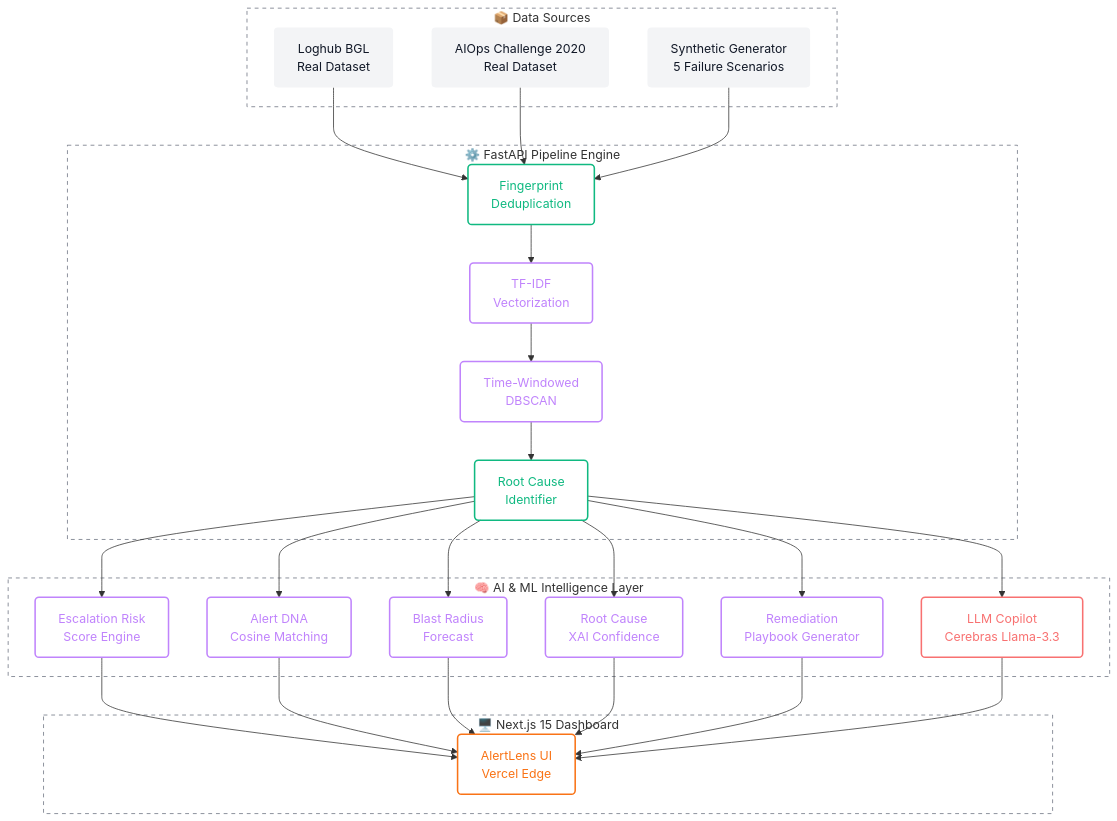
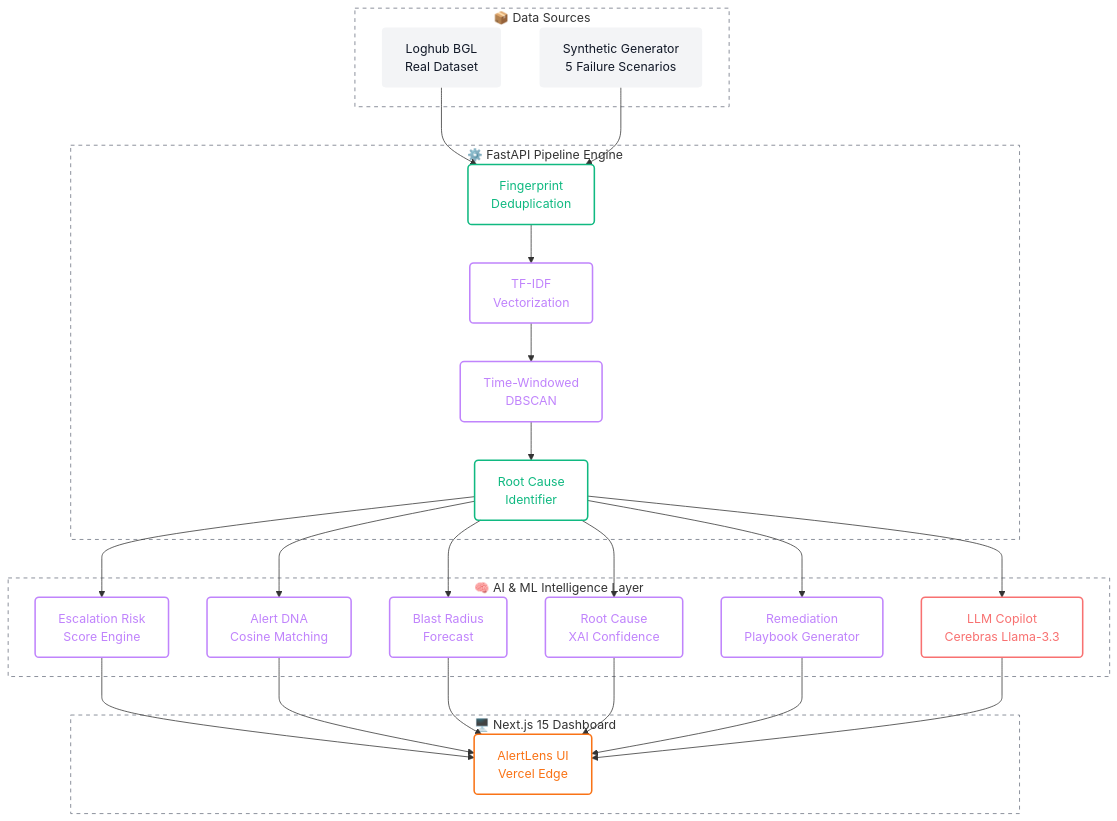
Before and after one commit to Aditya0105singh/HPE--HACKATHON-ALERT-CORRELATION-DEDUPLICATION: the diagram in README.md, drawn with Mermaid. The commit also changed other lines of this file and 10 other files, not shown here.

First line of the commit message:
Remove the AIOps Challenge 2020 dataset; don't show 100% noise reduction with 0 incidents

````diff
--- a/README.md
+++ b/README.md
@@ -149,61 +149,59 @@
 ```mermaid
 graph TD
     classDef frontend fill:none,stroke:#f97316,stroke-width:2px,color:#f97316,rx:5,ry:5
     classDef backend fill:none,stroke:#10b981,stroke-width:2px,color:#10b981,rx:5,ry:5
     classDef ml fill:none,stroke:#c084fc,stroke-width:2px,color:#c084fc,rx:5,ry:5
     classDef ai fill:none,stroke:#f87171,stroke-width:2px,color:#f87171,rx:5,ry:5
     classDef external fill:#f3f4f6,stroke:none,color:#111827,rx:5,ry:5
 
     subgraph Data ["📦 Data Sources"]
         Loghub["Loghub BGL<br>Real Dataset"]:::external
-        AIOps["AIOps Challenge 2020<br>Real Dataset"]:::external
         Gen["Synthetic Generator<br>5 Failure Scenarios"]:::external
     end
 
     subgraph Backend ["⚙️ FastAPI Pipeline Engine"]
         Dedup["Fingerprint<br>Deduplication"]:::backend
         Embed["TF-IDF<br>Vectorization"]:::ml
         Cluster["Time-Windowed<br>DBSCAN"]:::ml
         RootCause["Root Cause<br>Identifier"]:::backend
 
         Dedup --> Embed
         Embed --> Cluster
         Cluster --> RootCause
     end
 
     subgraph Intelligence ["🧠 AI & ML Intelligence Layer"]
         RiskScore["Escalation Risk<br>Score Engine"]:::ml
         DNA["Alert DNA<br>Cosine Matching"]:::ml
         Forecast["Blast Radius<br>Forecast"]:::ml
         RCAConfidence["Root Cause<br>XAI Confidence"]:::ml
         Playbook["Remediation<br>Playbook Generator"]:::ml
         Summarizer["LLM Copilot<br>Cerebras Llama-3.3"]:::ai
     end
 
     subgraph Frontend ["🖥️ Next.js 15 Dashboard"]
         Dashboard["AlertLens UI<br>Vercel Edge"]:::frontend
     end
 
     Loghub --> Dedup
-    AIOps --> Dedup
     Gen --> Dedup
 
     RootCause --> RiskScore
     RootCause --> DNA
     RootCause --> Forecast
     RootCause --> RCAConfidence
     RootCause --> Playbook
     RootCause --> Summarizer
 
     RiskScore --> Dashboard
     DNA --> Dashboard
     Forecast --> Dashboard
     RCAConfidence --> Dashboard
     Playbook --> Dashboard
     Summarizer --> Dashboard
 
     style Data fill:none,stroke:#6b7280,stroke-width:1px,stroke-dasharray: 5 5
     style Backend fill:none,stroke:#6b7280,stroke-width:1px,stroke-dasharray: 5 5
     style Intelligence fill:none,stroke:#6b7280,stroke-width:1px,stroke-dasharray: 5 5
     style Frontend fill:none,stroke:#6b7280,stroke-width:1px,stroke-dasharray: 5 5
 ```
````
